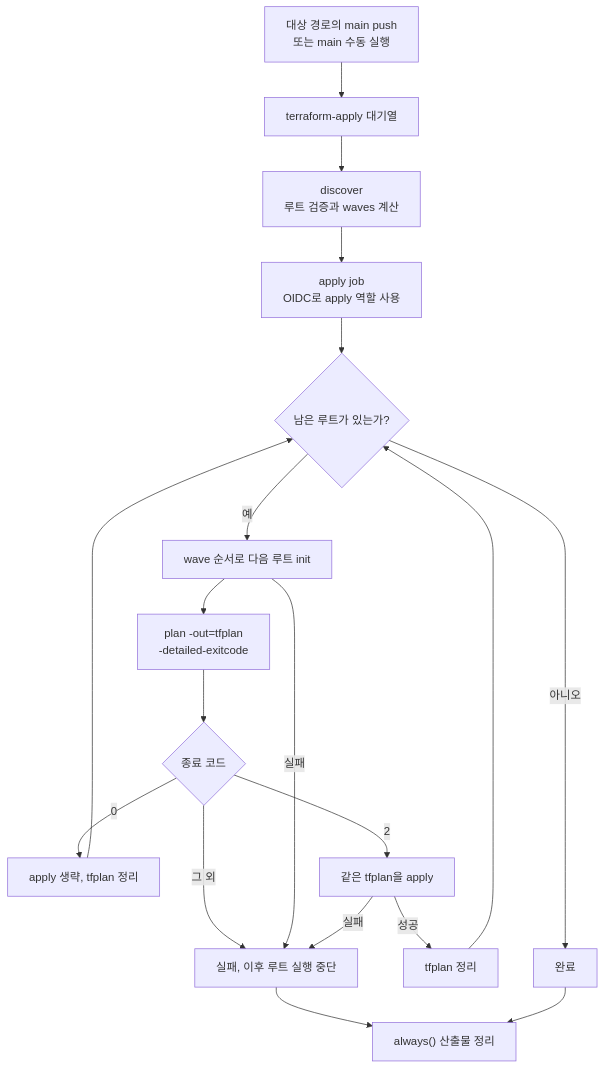
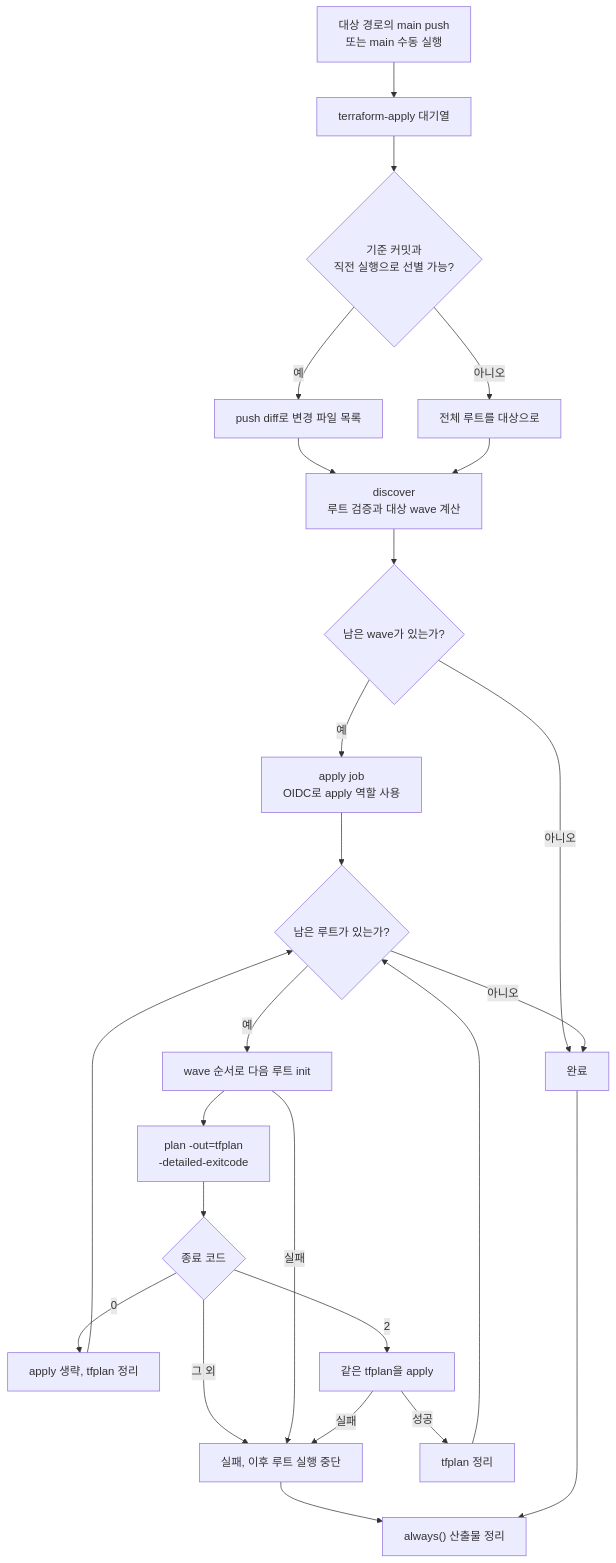
The diagram in docs/ci/apply.md (kintoun-secops/kintoun-infra), drawn with Mermaid before and after one commit. The commit also changed other lines of this file and 8 other files, not shown here.

````diff
--- a/docs/ci/apply.md
+++ b/docs/ci/apply.md
@@ -9,21 +9,27 @@
 ```mermaid
 flowchart TD
     Trigger["대상 경로의 main push<br/>또는 main 수동 실행"] --> Queue["terraform-apply 대기열"]
-    Queue --> Discover["discover<br/>루트 검증과 waves 계산"]
-    Discover --> ApplyJob["apply job<br/>OIDC로 apply 역할 사용"]
+    Queue --> Scope{"기준 커밋과<br/>직전 실행으로 선별 가능?"}
+    Scope -->|예| Changed["push diff로 변경 파일 목록"]
+    Scope -->|아니오| All["전체 루트를 대상으로"]
+    Changed --> Discover["discover<br/>루트 검증과 대상 wave 계산"]
+    All --> Discover
+    Discover --> Empty{"남은 wave가 있는가?"}
+    Empty -->|아니오| Done["완료"]
+    Empty -->|예| ApplyJob["apply job<br/>OIDC로 apply 역할 사용"]
     ApplyJob --> Next{"남은 루트가 있는가?"}
     Next -->|예| Init["wave 순서로 다음 루트 init"]
     Init --> Plan["plan -out=tfplan<br/>-detailed-exitcode"]
     Plan --> Code{"종료 코드"}
     Code -->|0| Skip["apply 생략, tfplan 정리"]
     Code -->|2| Apply["같은 tfplan을 apply"]
     Code -->|그 외| Failed["실패, 이후 루트 실행 중단"]
     Init -->|실패| Failed
     Apply -->|실패| Failed
     Apply -->|성공| Clean["tfplan 정리"]
     Clean --> Next
     Skip --> Next
     Next -->|아니오| Done["완료"]
     Failed --> Cleanup["always() 산출물 정리"]
     Done --> Cleanup
 ```
````
